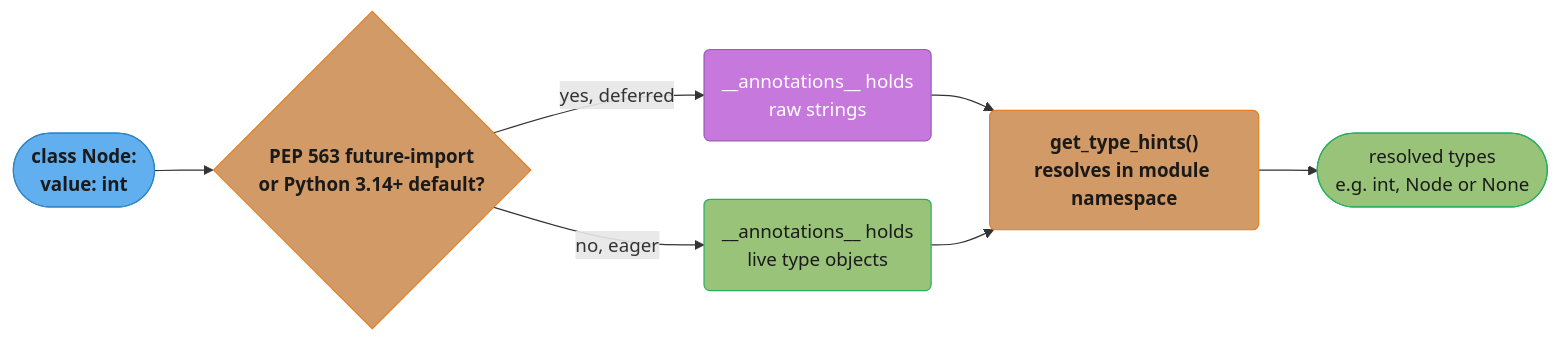
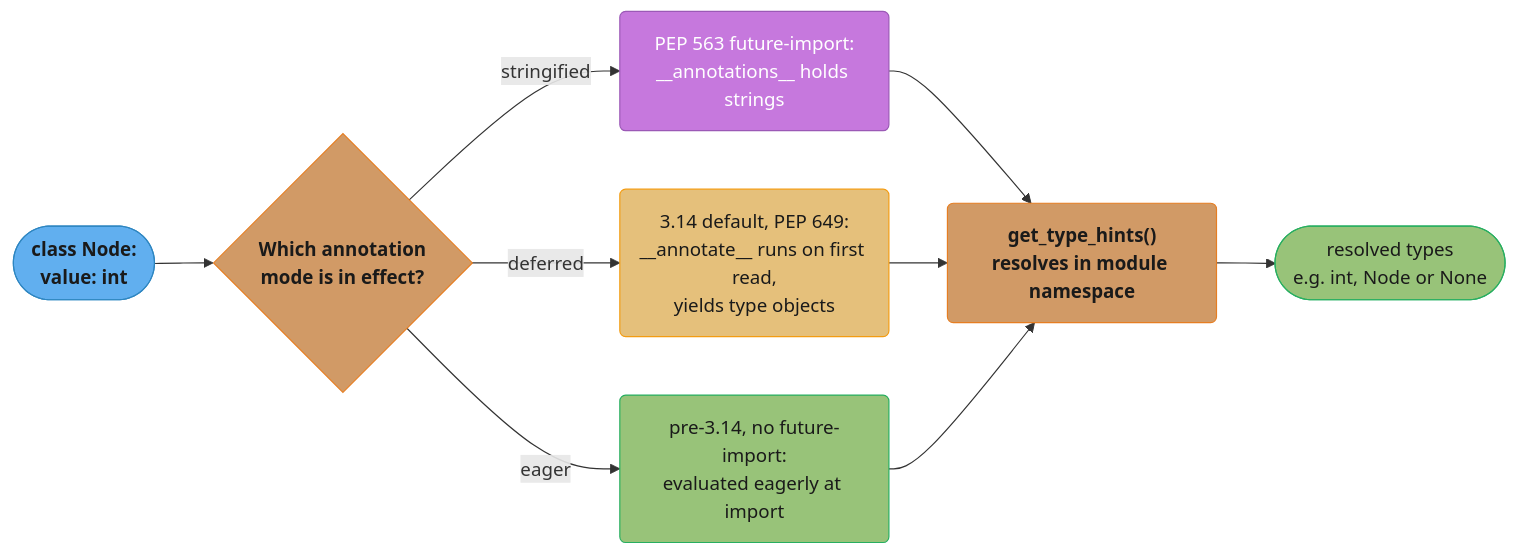
Before and after one commit to rppol/system-design: the sixth of 6 diagrams in src/main/java/com/rutik/systemdesign/python/the_type_system_and_typing/README.md, drawn with Mermaid. The commit also changed other lines of this file and 3 other files, not shown here.

````diff
--- a/src/main/java/com/rutik/systemdesign/python/the_type_system_and_typing/README.md
+++ b/src/main/java/com/rutik/systemdesign/python/the_type_system_and_typing/README.md
@@ -755,29 +788,32 @@
 ```mermaid
 flowchart LR
     classDef io      fill:#61afef,stroke:#2e86c1,color:#1a1a1a,font-weight:bold
     classDef frozen  fill:#c678dd,stroke:#9b59b6,color:#fff
     classDef train   fill:#98c379,stroke:#27ae60,color:#1a1a1a
     classDef mathOp  fill:#d19a66,stroke:#e67e22,color:#1a1a1a,font-weight:bold
     classDef lossN   fill:#e06c75,stroke:#c0392b,color:#fff,font-weight:bold
     classDef req     fill:#56b6c2,stroke:#0097a7,color:#1a1a1a
     classDef base    fill:#e5c07b,stroke:#f39c12,color:#1a1a1a
 
     start(["class Node:<br/>value: int"])
-    mode{"PEP 563 future-import<br/>or Python 3.14+ default?"}
-    rawStr("__annotations__ holds<br/>raw strings")
-    liveObj("__annotations__ holds<br/>live type objects")
+    mode{"Which annotation<br/>mode is in effect?"}
+    rawStr("PEP 563 future-import:<br/>__annotations__ holds strings")
+    lazyObj("3.14 default, PEP 649:<br/>__annotate__ runs on first read,<br/>yields type objects")
+    liveObj("pre-3.14, no future-import:<br/>evaluated eagerly at import")
     resolve("get_type_hints()<br/>resolves in module namespace")
     resolved(["resolved types<br/>e.g. int, Node or None"])
 
     start --> mode
-    mode -->|"yes, deferred"| rawStr --> resolve
-    mode -->|"no, eager"| liveObj --> resolve
+    mode -->|"stringified"| rawStr --> resolve
+    mode -->|"deferred"| lazyObj --> resolve
+    mode -->|"eager"| liveObj --> resolve
     resolve --> resolved
 
     class start io
     class mode mathOp
     class rawStr frozen
+    class lazyObj base
     class liveObj train
     class resolve mathOp
     class resolved train
 ```
````
